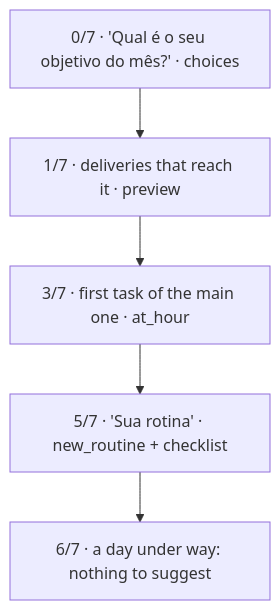
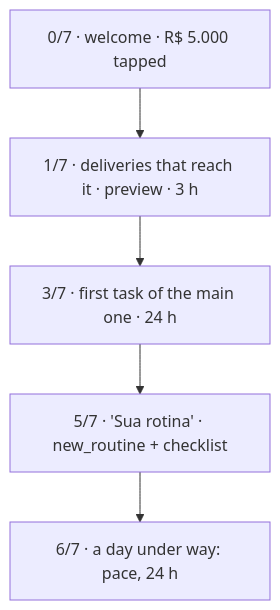
One commit to pietroid/lunna changed the fifth of 5 diagrams in product/research/2026-10-29-agentic-suggestions/README.md. Above: the diagram before and after it, drawn with Mermaid. The commit also changed other lines of this file and 8 other files, not shown here.

````diff
--- a/product/research/2026-10-29-agentic-suggestions/README.md
+++ b/product/research/2026-10-29-agentic-suggestions/README.md
@@ -145,7 +198,7 @@
 ```mermaid
 flowchart TD
-  A["0/7 · 'Qual é o seu objetivo do mês?' · choices"]:::key --> B["1/7 · deliveries that reach it · preview"]
-  B --> C["3/7 · first task of the main one · at_hour"]
+  A["0/7 · welcome · R$ 5.000 tapped"]:::key --> B["1/7 · deliveries that reach it · preview · 3 h"]
+  B --> C["3/7 · first task of the main one · 24 h"]
   C --> D["5/7 · 'Sua rotina' · new_routine + checklist"]
-  D --> E["6/7 · a day under way: nothing to suggest"]
+  D --> E["6/7 · a day under way: pace, 24 h"]
 ```
````
